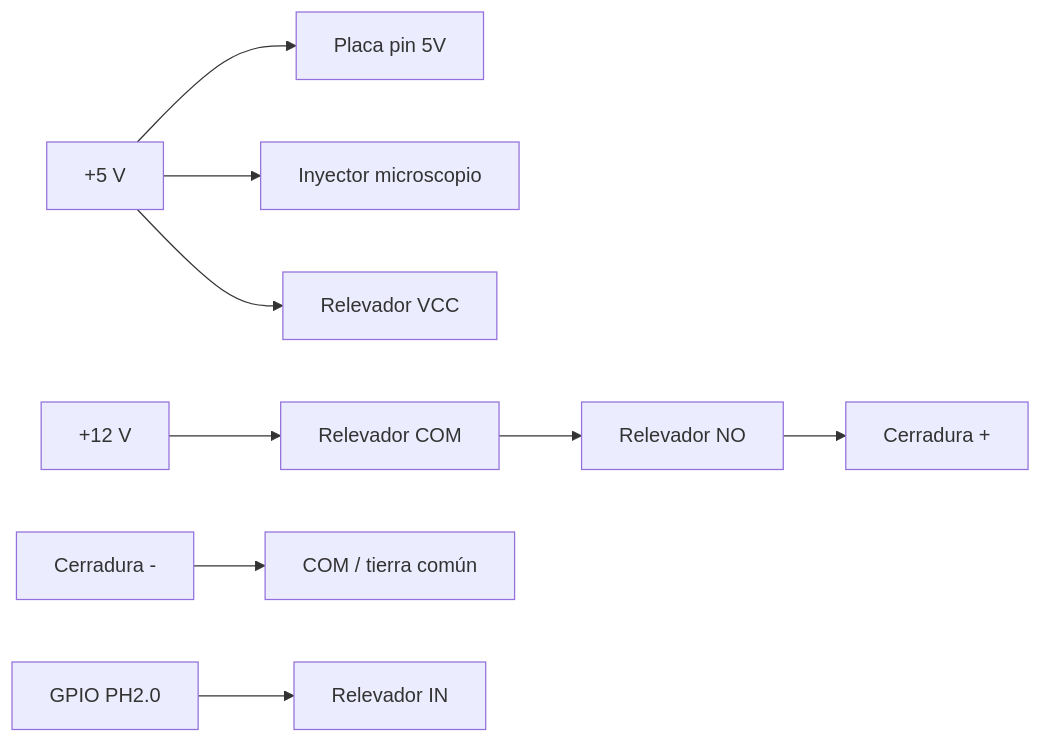
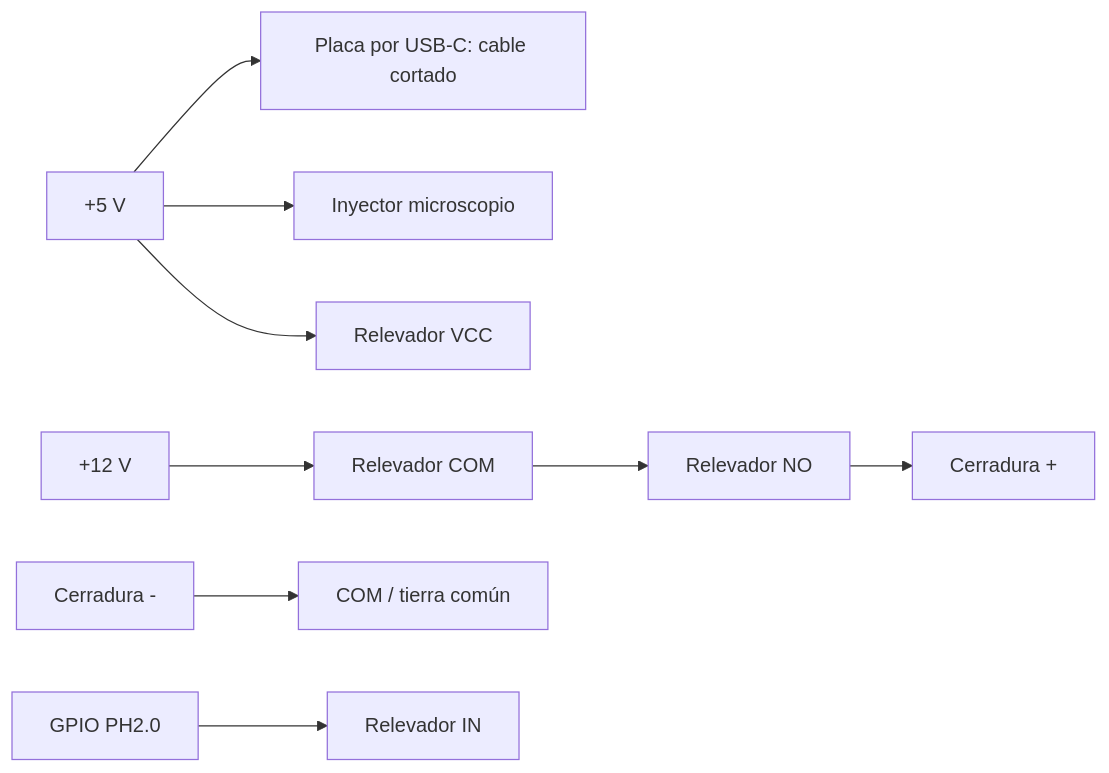
One commit to ricardosalmeron71-png/inspeccion-vision-solder-cap changed the fourth of 4 diagrams in docs/02-diagramas.md. Above: the diagram before and after it, drawn with Mermaid. The commit also changed 8 other files, not shown here.

First line of the commit message:
Alimentación de la placa por USB-C (la wiki no muestra pin 5V); actualiza diagramas y docs

````diff
--- a/docs/02-diagramas.md
+++ b/docs/02-diagramas.md
@@ -52,10 +52,10 @@
 ```mermaid
 flowchart LR
-    F5[+5 V] --> P[Placa pin 5V]
+    F5[+5 V] --> P[Placa por USB-C: cable cortado]
     F5 --> INJ[Inyector microscopio]
     F5 --> RV[Relevador VCC]
     F12[+12 V] --> COMR[Relevador COM]
     COMR --> NO[Relevador NO] --> LP[Cerradura +]
     LM[Cerradura -] --> GND[COM / tierra común]
     GPIO[GPIO PH2.0] --> RIN[Relevador IN]
 ```
````
